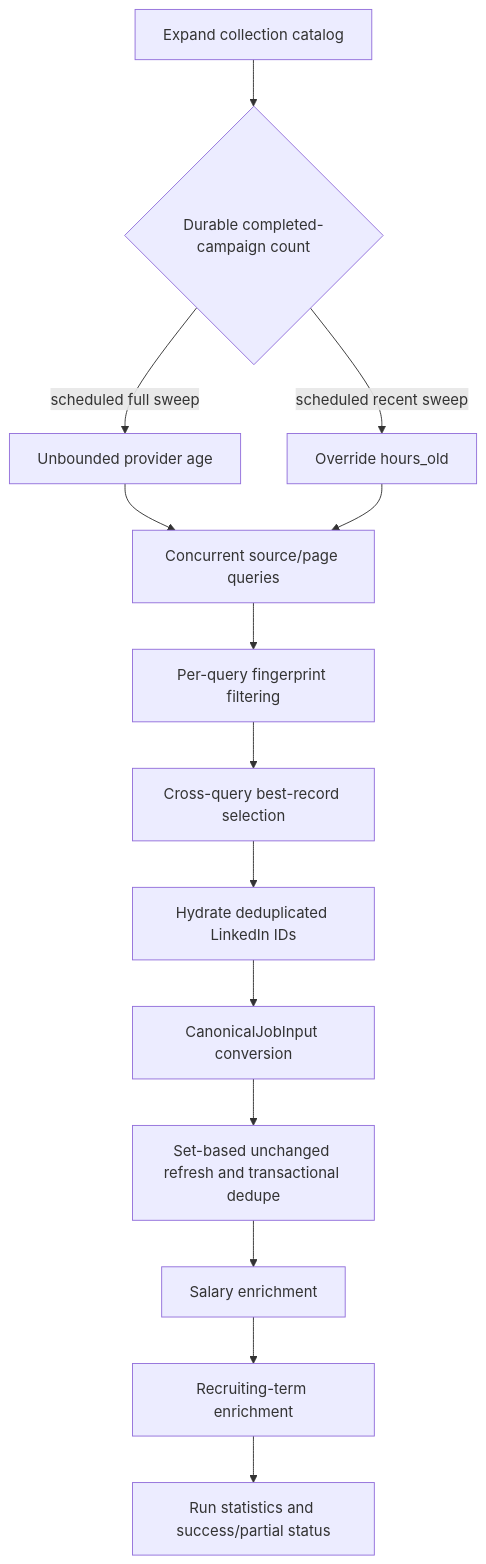
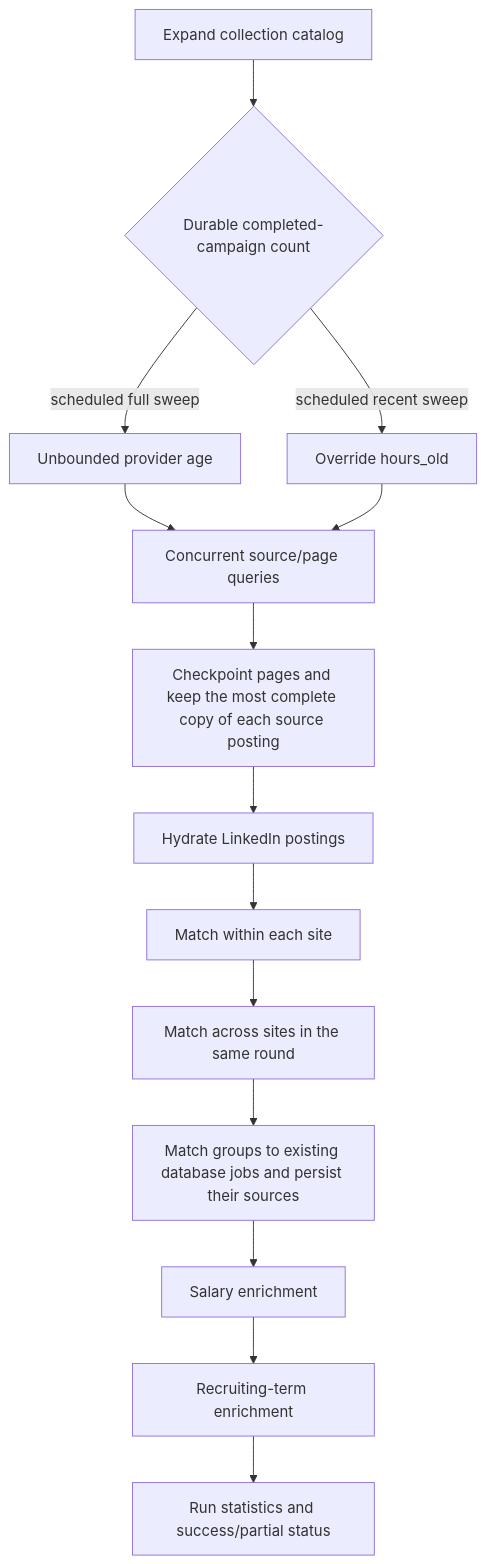
One commit to KaiusJin/WeCanFindIntern changed the diagram in docs/modules/job-ingestion.md. Above: the diagram before and after it, drawn with Mermaid. The commit also changed other lines of this file and 26 other files, not shown here.

Commit message:
feat(ingestion): resume native pages and deduplicate each collection round

````diff
--- a/docs/modules/job-ingestion.md
+++ b/docs/modules/job-ingestion.md
@@ -63,16 +63,16 @@
 ```mermaid
 flowchart TD
     A[Expand collection catalog] --> S{Durable completed-campaign count}
     S -->|scheduled full sweep| B[Unbounded provider age]
     S -->|scheduled recent sweep| R[Override hours_old]
     B --> C[Concurrent source/page queries]
     R --> C
-    C --> D[Per-query fingerprint filtering]
-    D --> E[Cross-query best-record selection]
-    E --> L[Hydrate deduplicated LinkedIn IDs]
-    L --> F[CanonicalJobInput conversion]
-    F --> G[Set-based unchanged refresh and transactional dedupe]
+    C --> D[Checkpoint pages and keep the most complete copy of each source posting]
+    D --> L[Hydrate LinkedIn postings]
+    L --> E[Match within each site]
+    E --> F[Match across sites in the same round]
+    F --> G[Match groups to existing database jobs and persist their sources]
     G --> H[Salary enrichment]
     H --> I[Recruiting-term enrichment]
     I --> J[Run statistics and success/partial status]
 ```
````
